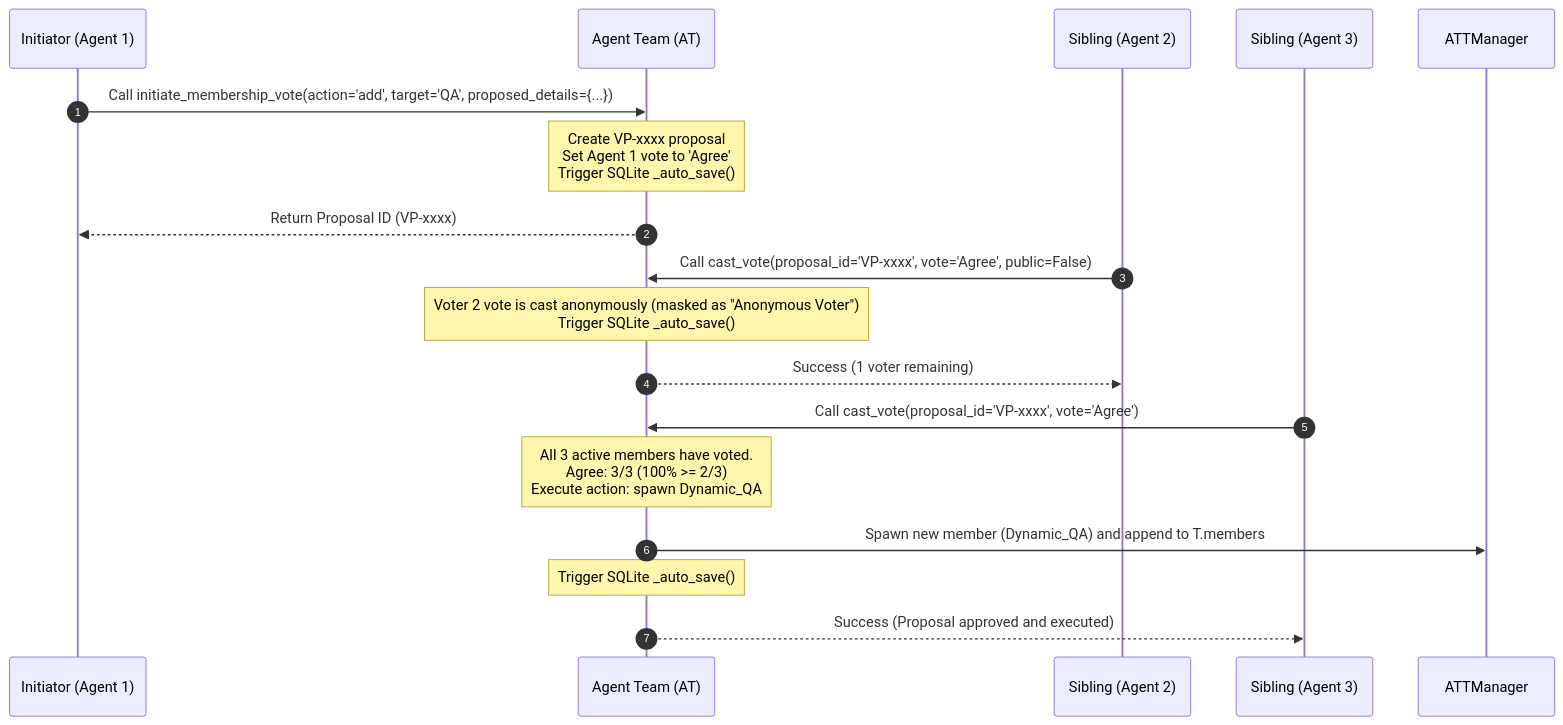
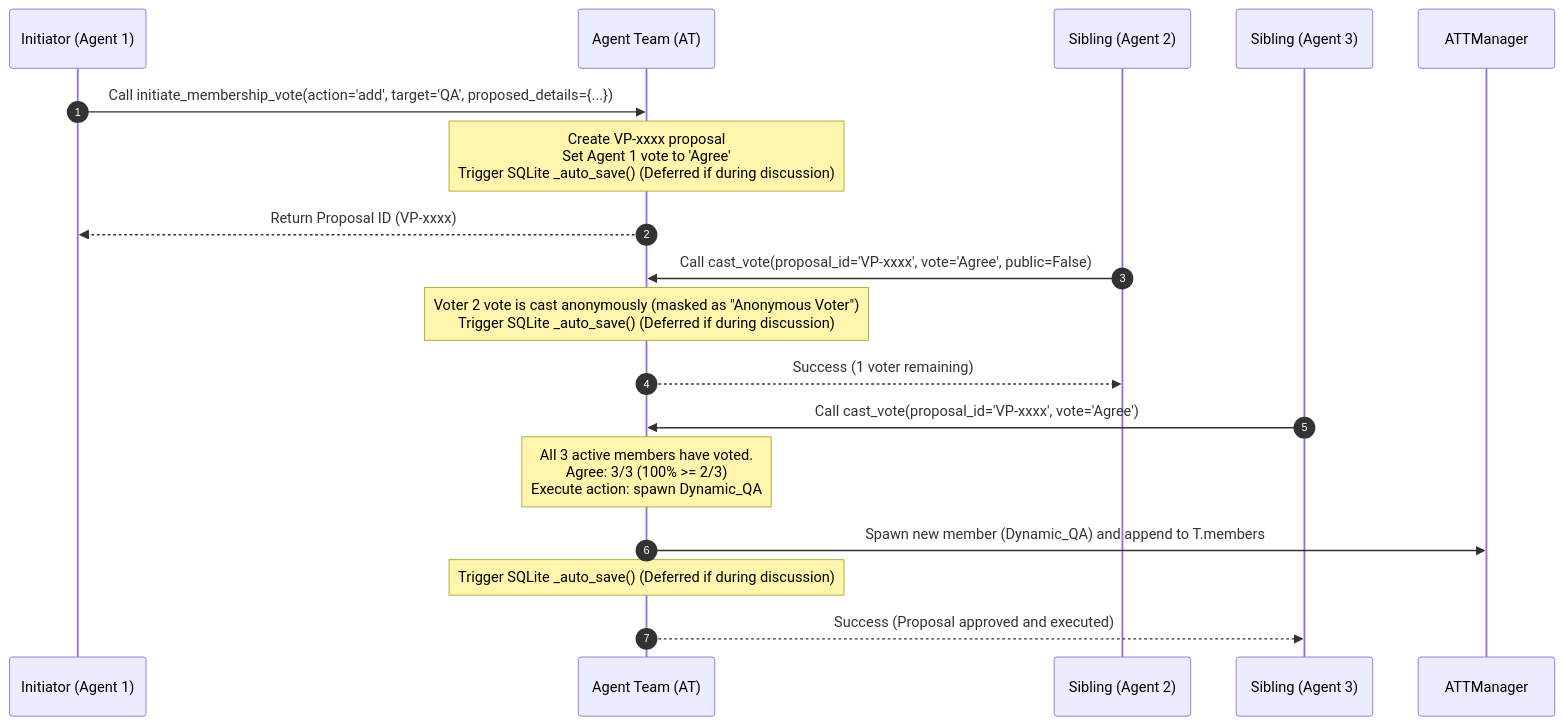
One commit to AI-Team-Team/AI-Team-Team changed the fourth of 4 diagrams in docs/flowcharts/Spawning_Escalation.md. Above: the diagram before and after it, drawn with Mermaid. The commit also changed 12 other files, not shown here.

First line of the commit message:
docs(architecture): comprehensively update architecture specifications and flowcharts

````diff
--- a/docs/flowcharts/Spawning_Escalation.md
+++ b/docs/flowcharts/Spawning_Escalation.md
@@ -97,23 +97,23 @@
 ```mermaid
 sequenceDiagram
     autonumber
     participant A1 as Initiator (Agent 1)
     participant T as Agent Team (AT)
     participant A2 as Sibling (Agent 2)
     participant A3 as Sibling (Agent 3)
     participant Manager as ATTManager
 
     A1->>T: Call initiate_membership_vote(action='add', target='QA', proposed_details={...})
-    Note over T: Create VP-xxxx proposal<br/>Set Agent 1 vote to 'Agree'<br/>Trigger SQLite _auto_save()
+    Note over T: Create VP-xxxx proposal<br/>Set Agent 1 vote to 'Agree'<br/>Trigger SQLite _auto_save() (Deferred if during discussion)
     T-->>A1: Return Proposal ID (VP-xxxx)
 
     A2->>T: Call cast_vote(proposal_id='VP-xxxx', vote='Agree', public=False)
-    Note over T: Voter 2 vote is cast anonymously (masked as "Anonymous Voter")<br/>Trigger SQLite _auto_save()
+    Note over T: Voter 2 vote is cast anonymously (masked as "Anonymous Voter")<br/>Trigger SQLite _auto_save() (Deferred if during discussion)
     T-->>A2: Success (1 voter remaining)
 
     A3->>T: Call cast_vote(proposal_id='VP-xxxx', vote='Agree')
     Note over T: All 3 active members have voted.<br/>Agree: 3/3 (100% >= 2/3)<br/>Execute action: spawn Dynamic_QA
     T->>Manager: Spawn new member (Dynamic_QA) and append to T.members
-    Note over T: Trigger SQLite _auto_save()
+    Note over T: Trigger SQLite _auto_save() (Deferred if during discussion)
     T-->>A3: Success (Proposal approved and executed)
 ```
````
